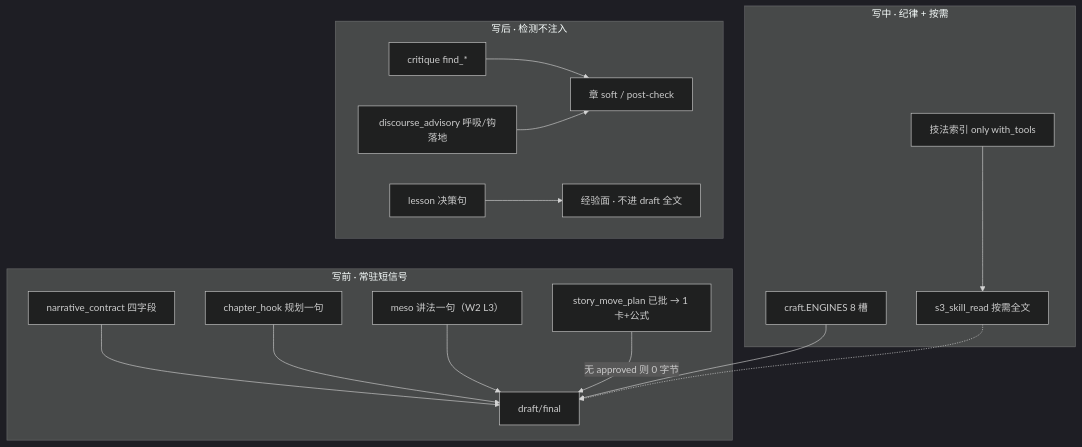
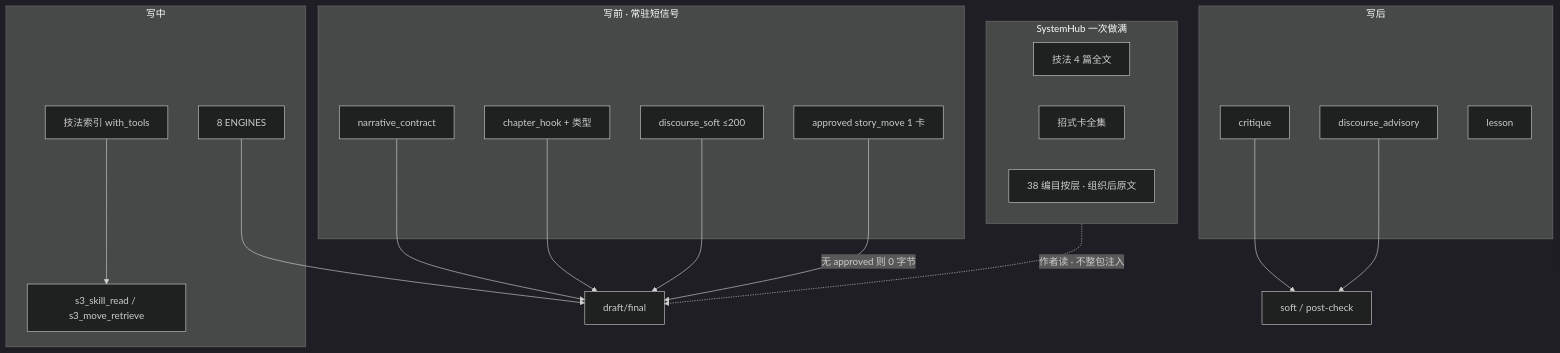
The diagram in docs/plans/2026-08-13-oh-story-38-fusion.md (liuwenpinghaher-commits/scribe-writing-system), drawn with Mermaid (dark theme) before and after one commit. The commit also changed other lines of this file, not shown here.

First line of the commit message:
docs: 38 融合 rev.3 — 用户裁决：一次做满、原文进系统、5 张招式卡

````diff
--- a/docs/plans/2026-08-13-oh-story-38-fusion.md
+++ b/docs/plans/2026-08-13-oh-story-38-fusion.md
@@ -112,29 +111,33 @@
 ```mermaid
 flowchart TB
   subgraph pre["写前 · 常驻短信号"]
-    C[narrative_contract 四字段]
-    H[chapter_hook 规划一句]
-    M["meso 讲法一句（W2 L3）"]
-    P["story_move_plan 已批 → 1 卡+公式"]
-    C --> DRAFT
-    H --> DRAFT
-    M --> DRAFT
-    P -->|无 approved 则 0 字节| DRAFT
+    C[narrative_contract]
+    H[chapter_hook + 类型]
+    M[discourse_soft ≤200]
+    P[approved story_move 1 卡]
   end
-  subgraph mid["写中 · 纪律 + 按需"]
-    E[craft.ENGINES 8 槽]
-    SK["技法索引 only with_tools"]
-    READ[s3_skill_read 按需全文]
-    E --> DRAFT[draft/final]
-    SK --> READ
-    READ -.-> DRAFT
+  subgraph mid["写中"]
+    E[8 ENGINES]
+    SK[技法索引 with_tools]
+    READ[s3_skill_read / s3_move_retrieve]
   end
-  subgraph post["写后 · 检测不注入"]
-    CR[critique find_*]
-    DA[discourse_advisory 呼吸/钩落地]
-    LS[lesson 决策句]
-    CR --> UI[章 soft / post-check]
-    DA --> UI
-    LS --> EV[经验面 · 不进 draft 全文]
+  subgraph post["写后"]
+    CR[critique]
+    DA[discourse_advisory]
+    LS[lesson]
   end
+  subgraph hub["SystemHub 一次做满"]
+    SKILL[技法 4 篇全文]
+    MOVE[招式卡全集]
+    NAV[38 编目按层 · 组织后原文]
+  end
+  C --> DRAFT[draft/final]
+  H --> DRAFT
+  M --> DRAFT
+  P -->|无 approved 则 0 字节| DRAFT
+  E --> DRAFT
+  SK --> READ
+  CR --> UI[soft / post-check]
+  DA --> UI
+  hub -.->|作者读 · 不整包注入| DRAFT
 ```
````
